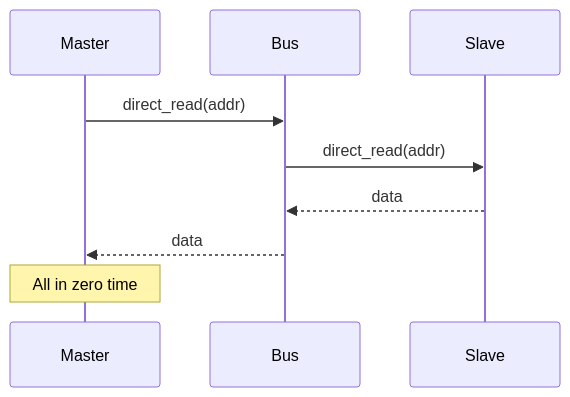
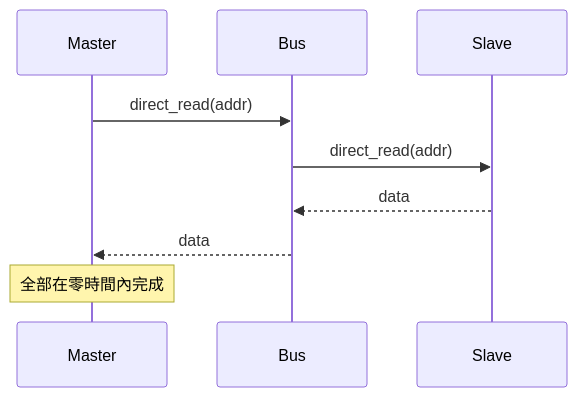
One commit to abc1199281lab-cmd/systemc_notes changed the sixth of 8 diagrams in doc_v2/examples/code/sysc/simple_bus/spec.md. Above: the diagram before and after it, drawn with Mermaid. The commit also changed other lines of this file and 8 other files, not shown here.

````diff
--- a/doc_v2/examples/code/sysc/simple_bus/spec.md
+++ b/doc_v2/examples/code/sysc/simple_bus/spec.md
@@ -161,12 +161,12 @@
 ```mermaid
 sequenceDiagram
     participant M as Master
     participant B as Bus
     participant S as Slave
 
     M->>B: direct_read(addr)
     B->>S: direct_read(addr)
     S-->>B: data
     B-->>M: data
-    Note over M: All in zero time
+    Note over M: 全部在零時間內完成
 ```
````
